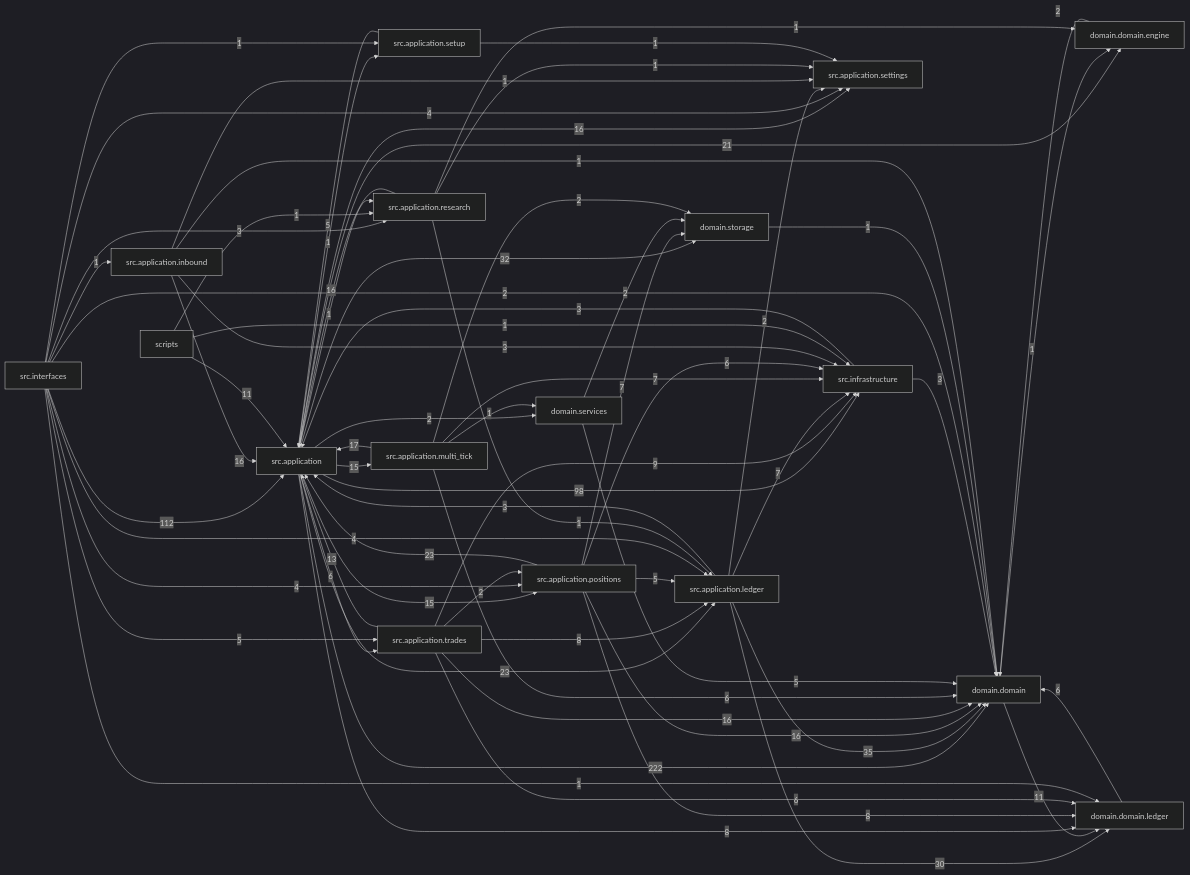
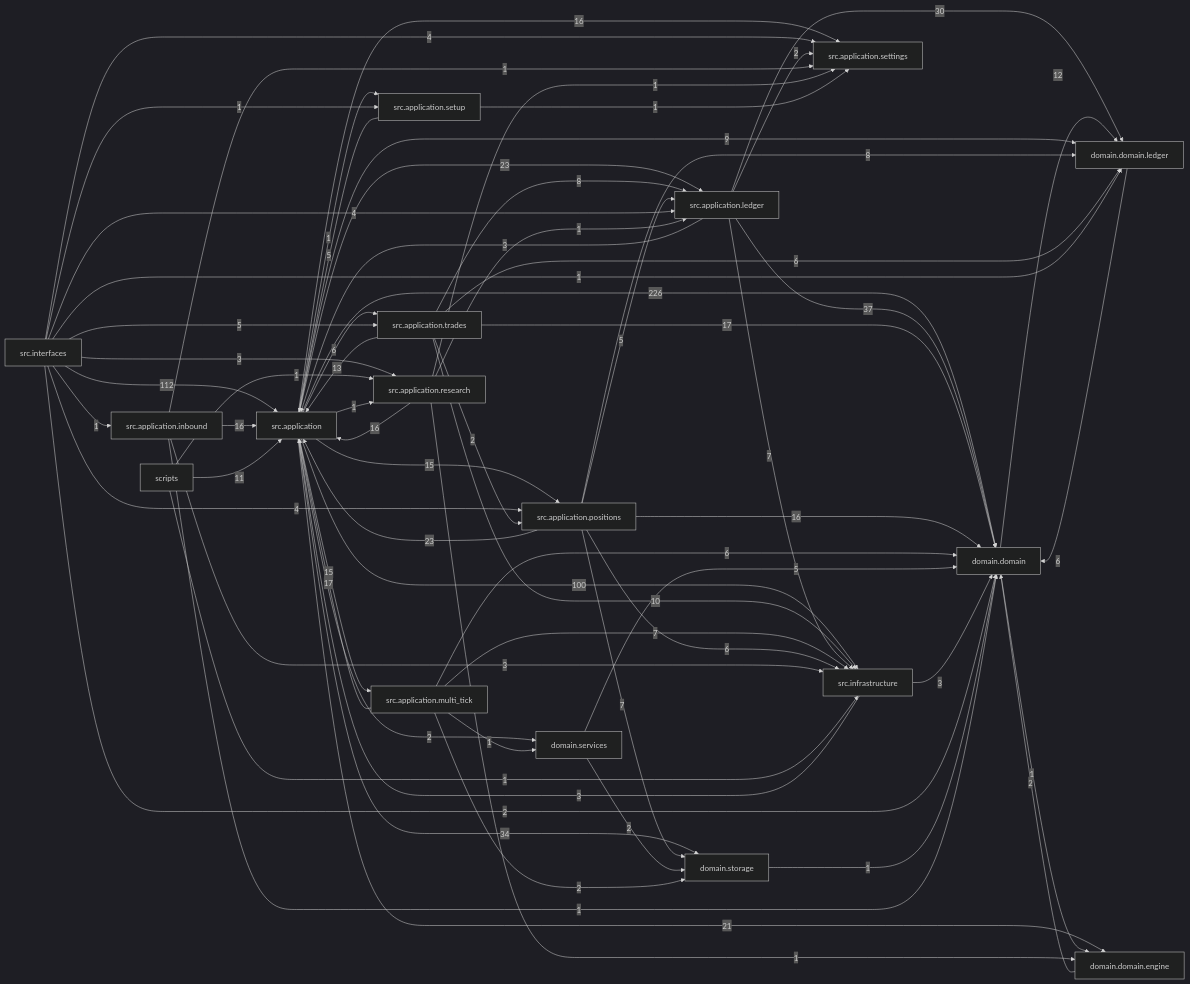
One commit to liuxie066/options-monitor changed the diagram in docs/dependency_graph.mmd. Above: the diagram before and after it, drawn with Mermaid (dark theme). The commit also changed 109 other files, not shown here.

```diff
--- a/docs/dependency_graph.mmd
+++ b/docs/dependency_graph.mmd
@@ -1,68 +1,68 @@
 flowchart LR
-  src_application["src.application"] -->|222| domain_domain["domain.domain"]
+  src_application["src.application"] -->|226| domain_domain["domain.domain"]
   src_interfaces["src.interfaces"] -->|112| src_application["src.application"]
-  src_application["src.application"] -->|98| src_infrastructure["src.infrastructure"]
-  src_application_ledger["src.application.ledger"] -->|35| domain_domain["domain.domain"]
-  src_application["src.application"] -->|32| domain_storage["domain.storage"]
+  src_application["src.application"] -->|100| src_infrastructure["src.infrastructure"]
+  src_application_ledger["src.application.ledger"] -->|37| domain_domain["domain.domain"]
+  src_application["src.application"] -->|34| domain_storage["domain.storage"]
   src_application_ledger["src.application.ledger"] -->|30| domain_domain_ledger["domain.domain.ledger"]
   src_application["src.application"] -->|23| src_application_ledger["src.application.ledger"]
   src_application_positions["src.application.positions"] -->|23| src_application["src.application"]
   src_application["src.application"] -->|21| domain_domain_engine["domain.domain.engine"]
   src_application_multi_tick["src.application.multi_tick"] -->|17| src_application["src.application"]
+  src_application_trades["src.application.trades"] -->|17| domain_domain["domain.domain"]
   src_application["src.application"] -->|16| src_application_settings["src.application.settings"]
   src_application_inbound["src.application.inbound"] -->|16| src_application["src.application"]
   src_application_positions["src.application.positions"] -->|16| domain_domain["domain.domain"]
   src_application_research["src.application.research"] -->|16| src_application["src.application"]
-  src_application_trades["src.application.trades"] -->|16| domain_domain["domain.domain"]
   src_application["src.application"] -->|15| src_application_multi_tick["src.application.multi_tick"]
   src_application["src.application"] -->|15| src_application_positions["src.application.positions"]
   src_application_trades["src.application.trades"] -->|13| src_application["src.application"]
-  domain_domain["domain.domain"] -->|11| domain_domain_ledger["domain.domain.ledger"]
+  domain_domain["domain.domain"] -->|12| domain_domain_ledger["domain.domain.ledger"]
   scripts["scripts"] -->|11| src_application["src.application"]
-  src_application_trades["src.application.trades"] -->|9| src_infrastructure["src.infrastructure"]
-  src_application["src.application"] -->|8| domain_domain_ledger["domain.domain.ledger"]
+  src_application_trades["src.application.trades"] -->|10| src_infrastructure["src.infrastructure"]
+  src_application["src.application"] -->|9| domain_domain_ledger["domain.domain.ledger"]
   src_application_positions["src.application.positions"] -->|8| domain_domain_ledger["domain.domain.ledger"]
   src_application_trades["src.application.trades"] -->|8| src_application_ledger["src.application.ledger"]
   src_application_ledger["src.application.ledger"] -->|7| src_infrastructure["src.infrastructure"]
   src_application_multi_tick["src.application.multi_tick"] -->|7| src_infrastructure["src.infrastructure"]
   src_application_positions["src.application.positions"] -->|7| domain_storage["domain.storage"]
   domain_domain_ledger["domain.domain.ledger"] -->|6| domain_domain["domain.domain"]
   src_application["src.application"] -->|6| src_application_trades["src.application.trades"]
   src_application_multi_tick["src.application.multi_tick"] -->|6| domain_domain["domain.domain"]
   src_application_positions["src.application.positions"] -->|6| src_infrastructure["src.infrastructure"]
   src_application_trades["src.application.trades"] -->|6| domain_domain_ledger["domain.domain.ledger"]
   domain_services["domain.services"] -->|5| domain_domain["domain.domain"]
   src_application_positions["src.application.positions"] -->|5| src_application_ledger["src.application.ledger"]
   src_application_setup["src.application.setup"] -->|5| src_application["src.application"]
   src_interfaces["src.interfaces"] -->|5| src_application_trades["src.application.trades"]
   src_interfaces["src.interfaces"] -->|4| src_application_ledger["src.application.ledger"]
   src_interfaces["src.interfaces"] -->|4| src_application_positions["src.application.positions"]
   src_interfaces["src.interfaces"] -->|4| src_application_settings["src.application.settings"]
   src_application_inbound["src.application.inbound"] -->|3| src_infrastructure["src.infrastructure"]
   src_application_ledger["src.application.ledger"] -->|3| src_application["src.application"]
   src_infrastructure["src.infrastructure"] -->|3| domain_domain["domain.domain"]
   src_infrastructure["src.infrastructure"] -->|3| src_application["src.application"]
   src_interfaces["src.interfaces"] -->|3| src_application_research["src.application.research"]
   domain_domain_engine["domain.domain.engine"] -->|2| domain_domain["domain.domain"]
   domain_services["domain.services"] -->|2| domain_storage["domain.storage"]
   src_application["src.application"] -->|2| domain_services["domain.services"]
   src_application_ledger["src.application.ledger"] -->|2| src_application_settings["src.application.settings"]
   src_application_multi_tick["src.application.multi_tick"] -->|2| domain_storage["domain.storage"]
   src_application_trades["src.application.trades"] -->|2| src_application_positions["src.application.positions"]
   src_interfaces["src.interfaces"] -->|2| domain_domain["domain.domain"]
   domain_domain["domain.domain"] -->|1| domain_domain_engine["domain.domain.engine"]
   domain_storage["domain.storage"] -->|1| domain_domain["domain.domain"]
   scripts["scripts"] -->|1| src_application_research["src.application.research"]
   scripts["scripts"] -->|1| src_infrastructure["src.infrastructure"]
   src_application["src.application"] -->|1| src_application_research["src.application.research"]
   src_application["src.application"] -->|1| src_application_setup["src.application.setup"]
   src_application_inbound["src.application.inbound"] -->|1| domain_domain["domain.domain"]
   src_application_inbound["src.application.inbound"] -->|1| src_application_settings["src.application.settings"]
   src_application_multi_tick["src.application.multi_tick"] -->|1| domain_services["domain.services"]
   src_application_research["src.application.research"] -->|1| domain_domain_engine["domain.domain.engine"]
   src_application_research["src.application.research"] -->|1| src_application_ledger["src.application.ledger"]
   src_application_research["src.application.research"] -->|1| src_application_settings["src.application.settings"]
   src_application_setup["src.application.setup"] -->|1| src_application_settings["src.application.settings"]
   src_interfaces["src.interfaces"] -->|1| domain_domain_ledger["domain.domain.ledger"]
   src_interfaces["src.interfaces"] -->|1| src_application_inbound["src.application.inbound"]
   src_interfaces["src.interfaces"] -->|1| src_application_setup["src.application.setup"]
```
